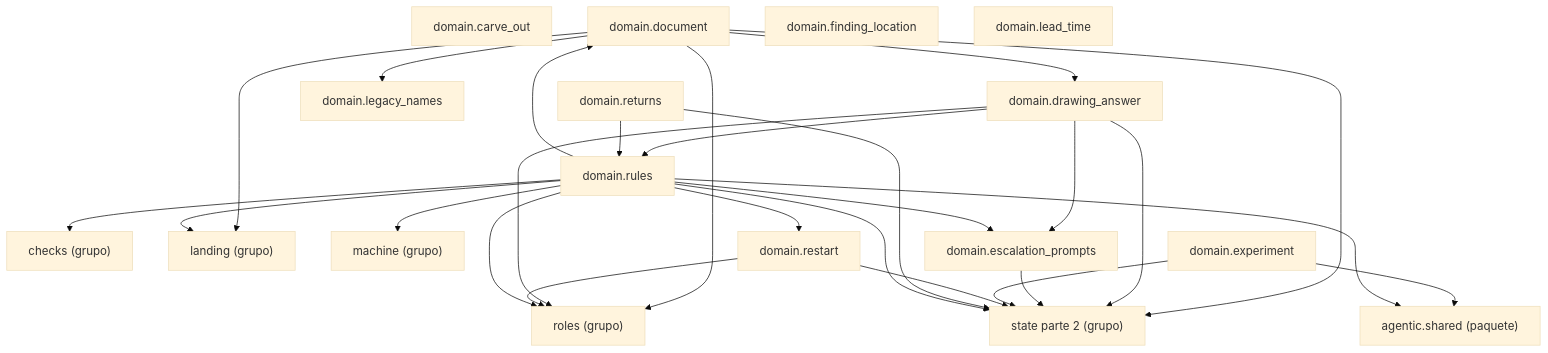
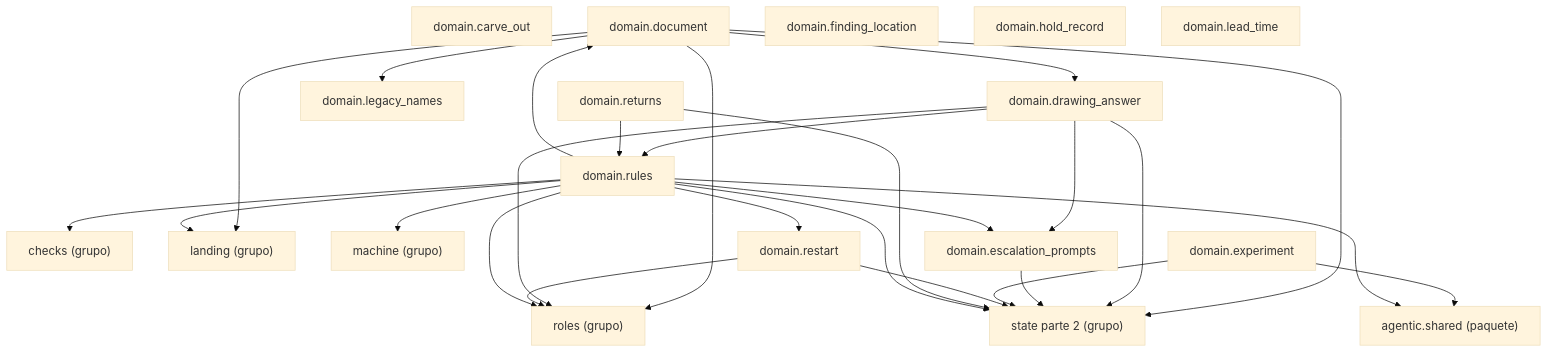
The diagram in docs/architecture/generated/packages-process-domain-state-1.md (GonzaloZevallos/agentic-system), drawn with Mermaid (base theme) before and after one commit. The commit also changed 38 other files, not shown here.

First line of the commit message:
Add the held stage: a holds record read by hold_record and claimed before the queue

````diff
--- a/docs/architecture/generated/packages-process-domain-state-1.md
+++ b/docs/architecture/generated/packages-process-domain-state-1.md
@@ -12,45 +12,46 @@
 ```mermaid
 graph TD
     g_domain__checks["checks (grupo)"]
     g_domain__landing["landing (grupo)"]
     g_domain__machine["machine (grupo)"]
     g_domain__roles["roles (grupo)"]
     g_domain__state__2["state parte 2 (grupo)"]
     g_pkg__agentic__shared["agentic.shared (paquete)"]
     m_domain__carve_out["domain.carve_out"]
     m_domain__document["domain.document"]
     m_domain__drawing_answer["domain.drawing_answer"]
     m_domain__escalation_prompts["domain.escalation_prompts"]
     m_domain__experiment["domain.experiment"]
     m_domain__finding_location["domain.finding_location"]
+    m_domain__hold_record["domain.hold_record"]
     m_domain__lead_time["domain.lead_time"]
     m_domain__legacy_names["domain.legacy_names"]
     m_domain__restart["domain.restart"]
     m_domain__returns["domain.returns"]
     m_domain__rules["domain.rules"]
     m_domain__document --> g_domain__landing
     m_domain__document --> g_domain__roles
     m_domain__document --> g_domain__state__2
     m_domain__document --> m_domain__drawing_answer
     m_domain__document --> m_domain__legacy_names
     m_domain__drawing_answer --> g_domain__roles
     m_domain__drawing_answer --> g_domain__state__2
     m_domain__drawing_answer --> m_domain__escalation_prompts
     m_domain__drawing_answer --> m_domain__rules
     m_domain__escalation_prompts --> g_domain__state__2
     m_domain__experiment --> g_domain__state__2
     m_domain__experiment --> g_pkg__agentic__shared
     m_domain__restart --> g_domain__roles
     m_domain__restart --> g_domain__state__2
     m_domain__returns --> g_domain__state__2
     m_domain__returns --> m_domain__rules
     m_domain__rules --> g_domain__checks
     m_domain__rules --> g_domain__landing
     m_domain__rules --> g_domain__machine
     m_domain__rules --> g_domain__roles
     m_domain__rules --> g_domain__state__2
     m_domain__rules --> g_pkg__agentic__shared
     m_domain__rules --> m_domain__document
     m_domain__rules --> m_domain__escalation_prompts
     m_domain__rules --> m_domain__restart
 ```
````
